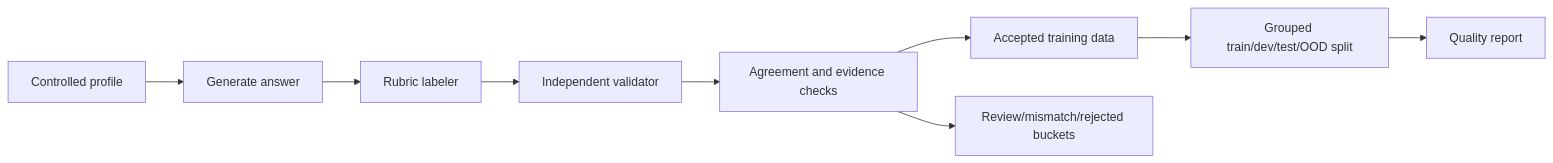
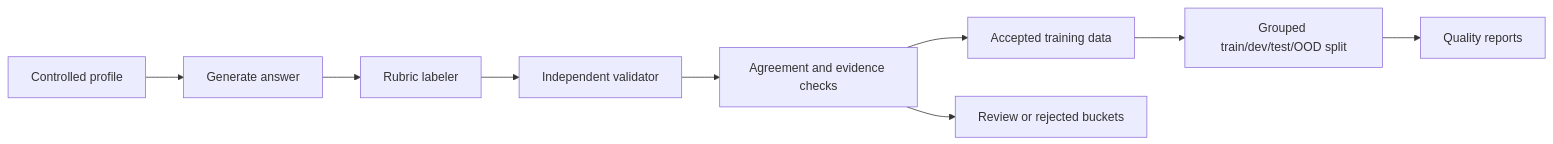
The diagram in README.md (Daniel23sh/NLP_Course), drawn with Mermaid before and after one commit. The commit also changed other lines of this file and 1 other file, not shown here.

````diff
--- a/README.md
+++ b/README.md
@@ -126,11 +89,11 @@
 ```mermaid
 flowchart LR
     A["Controlled profile"] --> B["Generate answer"]
     B --> C["Rubric labeler"]
     C --> D["Independent validator"]
     D --> E["Agreement and evidence checks"]
     E --> F["Accepted training data"]
-    E --> G["Review/mismatch/rejected buckets"]
+    E --> G["Review or rejected buckets"]
     F --> H["Grouped train/dev/test/OOD split"]
-    H --> I["Quality report"]
+    H --> I["Quality reports"]
 ```
````
